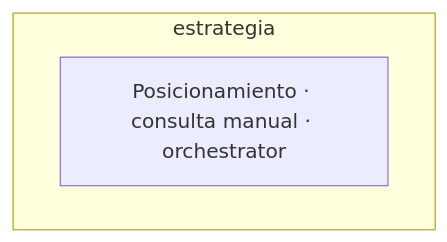
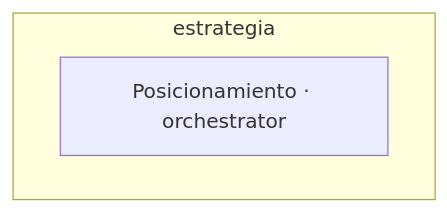
The eighth of 12 diagrams in docs/arquitectura/grafo.md (gustavop-dev/barrio-ai), drawn with Mermaid before and after one commit. The commit also changed other lines of this file and 69 other files, not shown here.

````diff
--- a/docs/arquitectura/grafo.md
+++ b/docs/arquitectura/grafo.md
@@ -333,7 +348,7 @@
 ```mermaid
 flowchart TD
   classDef planned stroke-dasharray: 5 5,fill:#f5f5f5,color:#555;
   subgraph grupo_estrategia["estrategia"]
-    posicionamiento["Posicionamiento · consulta manual · orchestrator"]
+    posicionamiento["Posicionamiento · orchestrator"]
   end
 ```
````
